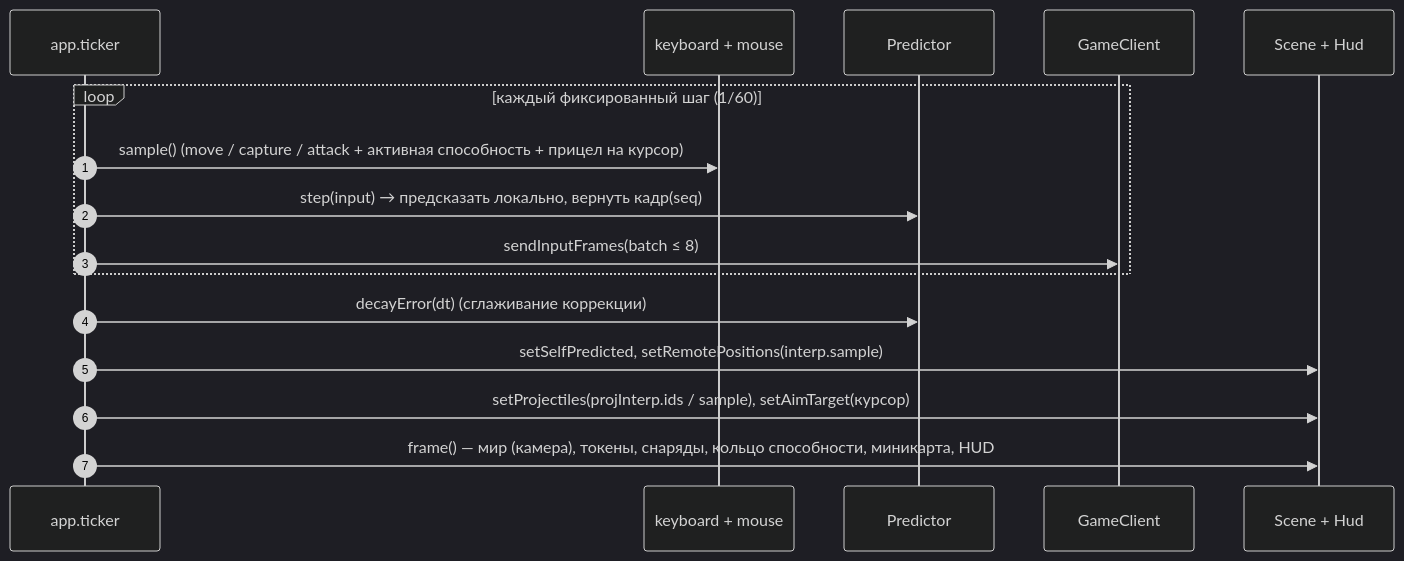
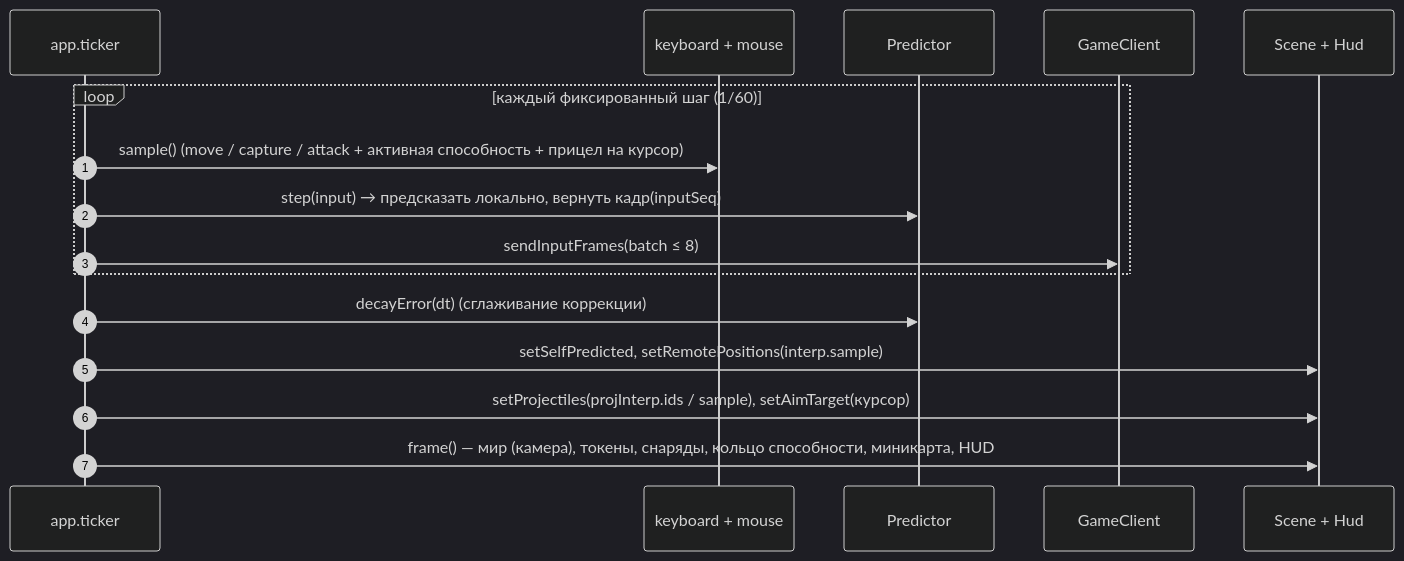
One commit to litcxx/Game changed the third of 4 diagrams in client/docs/sequence-diagram.md. Above: the diagram before and after it, drawn with Mermaid (dark theme). The commit also changed 31 other files, not shown here.

First line of the commit message:
One name for an input frame's number: input_seq

````diff
--- a/client/docs/sequence-diagram.md
+++ b/client/docs/sequence-diagram.md
@@ -92,19 +92,19 @@
 ```mermaid
 sequenceDiagram
     autonumber
     participant tick as app.ticker
     participant kb as keyboard + mouse
     participant pred as Predictor
     participant net as GameClient
     participant scene as Scene + Hud
 
     loop каждый фиксированный шаг (1/60)
         tick->>kb: sample()  (move / capture / attack + активная способность + прицел на курсор)
-        tick->>pred: step(input) → предсказать локально, вернуть кадр(seq)
+        tick->>pred: step(input) → предсказать локально, вернуть кадр(inputSeq)
         tick->>net: sendInputFrames(batch ≤ 8)
     end
     tick->>pred: decayError(dt)  (сглаживание коррекции)
     tick->>scene: setSelfPredicted, setRemotePositions(interp.sample)
     tick->>scene: setProjectiles(projInterp.ids / sample), setAimTarget(курсор)
     tick->>scene: frame() — мир (камера), токены, снаряды, кольцо способности, миникарта, HUD
 ```
````
